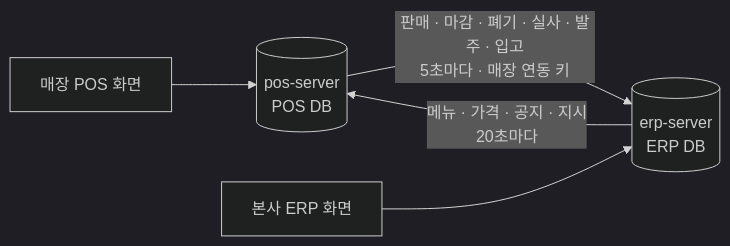
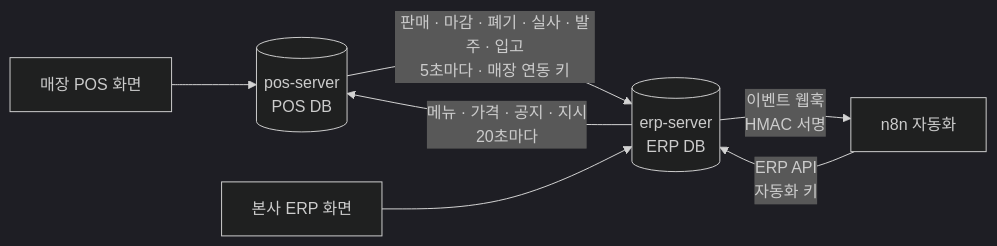
The first of 3 diagrams in README.md (windn05/cafeon), drawn with Mermaid (dark theme) before and after one commit. The commit also changed other lines of this file and 1 other file, not shown here.

Commit message:
README 자동화 · E2E 내용 추가

````diff
--- a/README.md
+++ b/README.md
@@ -59,7 +65,9 @@
 ```mermaid
 flowchart LR
   PW["매장 POS 화면"] --> PS[("pos-server<br/>POS DB")]
   PS -- "판매 · 마감 · 폐기 · 실사 · 발주 · 입고<br/>5초마다 · 매장 연동 키" --> ES[("erp-server<br/>ERP DB")]
   ES -- "메뉴 · 가격 · 공지 · 지시<br/>20초마다" --> PS
   EW["본사 ERP 화면"] --> ES
+  ES -- "이벤트 웹훅<br/>HMAC 서명" --> N8["n8n 자동화"]
+  N8 -- "ERP API<br/>자동화 키" --> ES
 ```
````
